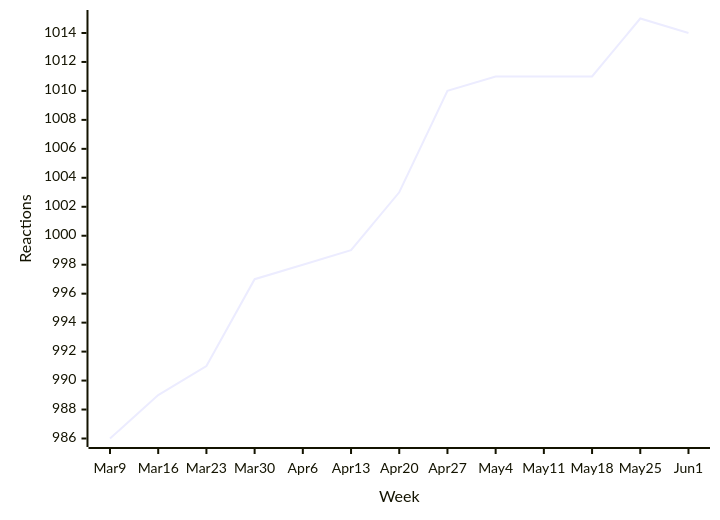
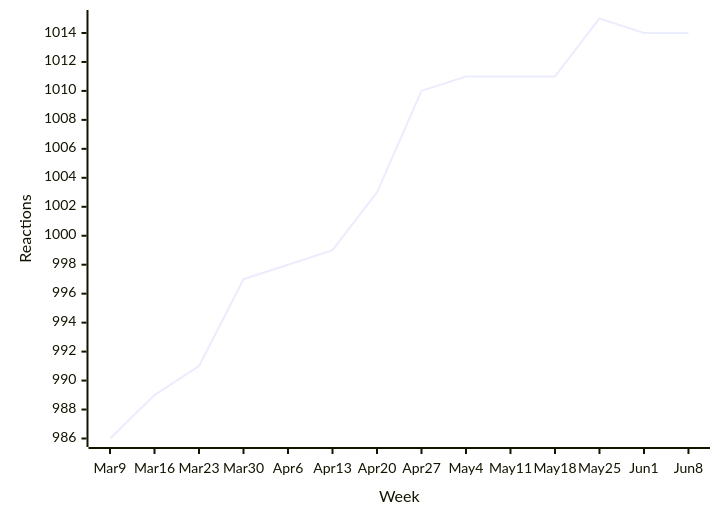
Before and after one commit to loic-sharma/github-insights: the third of 44 diagrams in README.md, drawn with Mermaid. The commit also changed other lines of this file and 3 other files, not shown here.

````diff
--- a/README.md
+++ b/README.md
@@ -373,6 +373,6 @@
   ```mermaid
   xychart-beta
-    x-axis "Week" [Mar 9, Mar 16, Mar 23, Mar 30, Apr 6, Apr 13, Apr 20, Apr 27, May 4, May 11, May 18, May 25, Jun 1]
+    x-axis "Week" [Mar 9, Mar 16, Mar 23, Mar 30, Apr 6, Apr 13, Apr 20, Apr 27, May 4, May 11, May 18, May 25, Jun 1, Jun 8]
     y-axis "Reactions"
-    line [986, 989, 991, 997, 998, 999, 1003, 1010, 1011, 1011, 1011, 1015, 1014]
+    line [986, 989, 991, 997, 998, 999, 1003, 1010, 1011, 1011, 1011, 1015, 1014, 1014]
   ```
````
